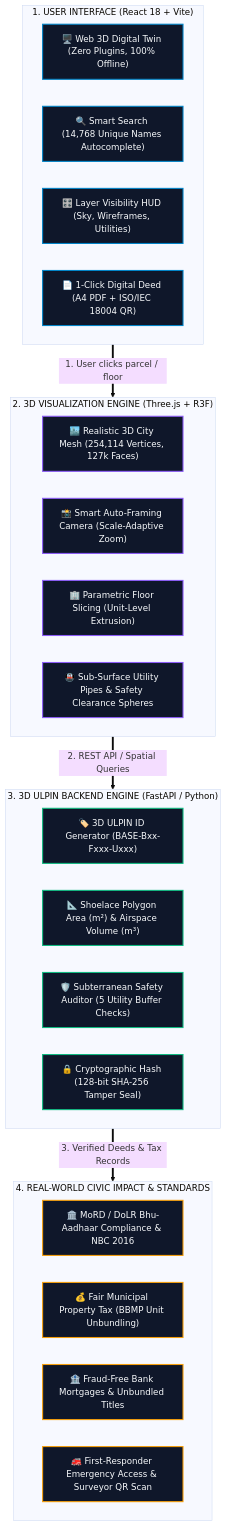
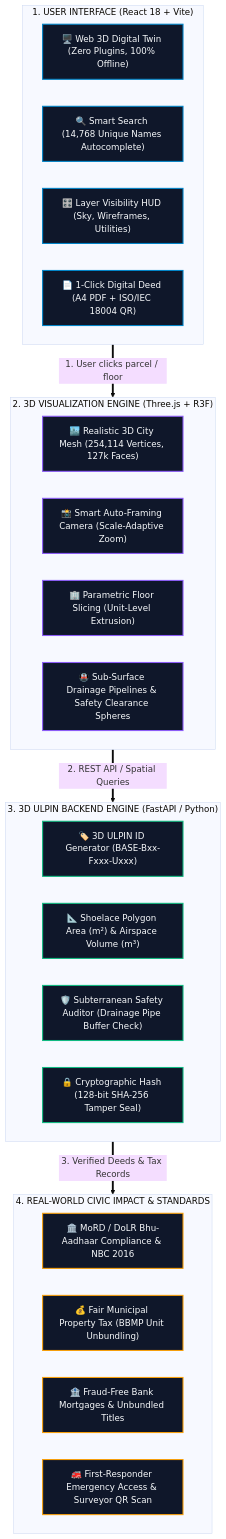
Before and after one commit to kzllsmechbro-star/bharat-byte: the diagram in README.md, drawn with Mermaid (base theme). The commit also changed other lines of this file, not shown here.

Commit message:
docs(readme): streamline documentation, simplify subterranean section to drainage pipes, remove camera math and verbose examples

````diff
--- a/README.md
+++ b/README.md
@@ -76,40 +76,40 @@
 ```mermaid
 graph TD
     classDef client fill:#0f172a,stroke:#0284c7,stroke-width:2px,color:#f8fafc;
     classDef graphics fill:#0f172a,stroke:#8b5cf6,stroke-width:2px,color:#f8fafc;
     classDef backend fill:#0f172a,stroke:#10b981,stroke-width:2px,color:#f8fafc;
     classDef civic fill:#0f172a,stroke:#f59e0b,stroke-width:2px,color:#f8fafc;
 
     subgraph S1["1. USER INTERFACE (React 18 + Vite)"]
         Twin["🖥️ Web 3D Digital Twin (Zero Plugins, 100% Offline)"]:::client
         Search["🔍 Smart Search (14,768 Unique Names Autocomplete)"]:::client
         HUD["🎛️ Layer Visibility HUD (Sky, Wireframes, Utilities)"]:::client
         PDF["📄 1-Click Digital Deed (A4 PDF + ISO/IEC 18004 QR)"]:::client
     end
 
     subgraph S2["2. 3D VISUALIZATION ENGINE (Three.js + R3F)"]
         CityMesh["🏙️ Realistic 3D City Mesh (254,114 Vertices, 127k Faces)"]:::graphics
         Camera["📸 Smart Auto-Framing Camera (Scale-Adaptive Zoom)"]:::graphics
         Slices["🏢 Parametric Floor Slicing (Unit-Level Extrusion)"]:::graphics
-        Infra3D["🚇 Sub-Surface Utility Pipes & Safety Clearance Spheres"]:::graphics
+        Infra3D["🚇 Sub-Surface Drainage Pipelines & Safety Clearance Spheres"]:::graphics
     end
 
     subgraph S3["3. 3D ULPIN BACKEND ENGINE (FastAPI / Python)"]
         Generator["🏷️ 3D ULPIN ID Generator (BASE-Bxx-Fxxx-Uxxx)"]:::backend
         Shoelace["📐 Shoelace Polygon Area (m²) & Airspace Volume (m³)"]:::backend
-        Safety["🛡️ Subterranean Safety Auditor (5 Utility Buffer Checks)"]:::backend
+        Safety["🛡️ Subterranean Safety Auditor (Drainage Pipe Buffer Check)"]:::backend
         Crypto["🔒 Cryptographic Hash (128-bit SHA-256 Tamper Seal)"]:::backend
     end
 
     subgraph S4["4. REAL-WORLD CIVIC IMPACT & STANDARDS"]
         DoLR["🏛️ MoRD / DoLR Bhu-Aadhaar Compliance & NBC 2016"]:::civic
         Tax["💰 Fair Municipal Property Tax (BBMP Unit Unbundling)"]:::civic
         Mortgage["🏦 Fraud-Free Bank Mortgages & Unbundled Titles"]:::civic
         FirstResp["🚒 First-Responder Emergency Access & Surveyor QR Scan"]:::civic
     end
 
     %% Pipeline Flow
     S1 ==>|"1. User clicks parcel / floor"| S2
     S2 ==>|"2. REST API / Spatial Queries"| S3
     S3 ==>|"3. Verified Deeds & Tax Records"| S4
 ```
````
